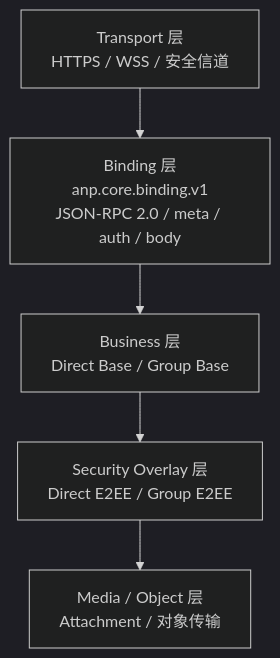
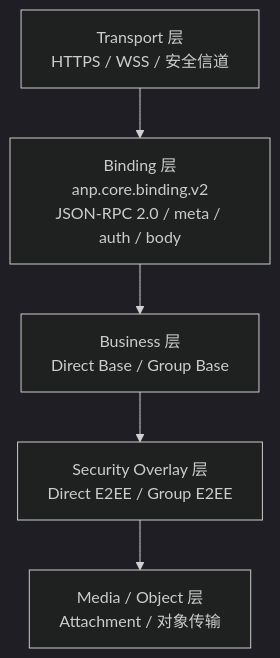
One commit to NeatNerdPrime/AgentNetworkProtocol changed the first of 4 diagrams in chinese/message/vnext/01-核心绑定.md. Above: the diagram before and after it, drawn with Mermaid (dark theme). The commit also changed other lines of this file and 31 other files, not shown here.

````diff
--- a/chinese/message/vnext/01-核心绑定.md
+++ b/chinese/message/vnext/01-核心绑定.md
@@ -66,10 +70,10 @@
 ```mermaid
 flowchart TB
 T[Transport 层<br/>HTTPS / WSS / 安全信道]
-B[Binding 层<br/>anp.core.binding.v1<br/>JSON-RPC 2.0 / meta / auth / body]
+B[Binding 层<br/>anp.core.binding.v2<br/>JSON-RPC 2.0 / meta / auth / body]
 D[Business 层<br/>Direct Base / Group Base]
 S[Security Overlay 层<br/>Direct E2EE / Group E2EE]
 M[Media / Object 层<br/>Attachment / 对象传输]
 
 T --> B --> D --> S --> M
 ```
````
